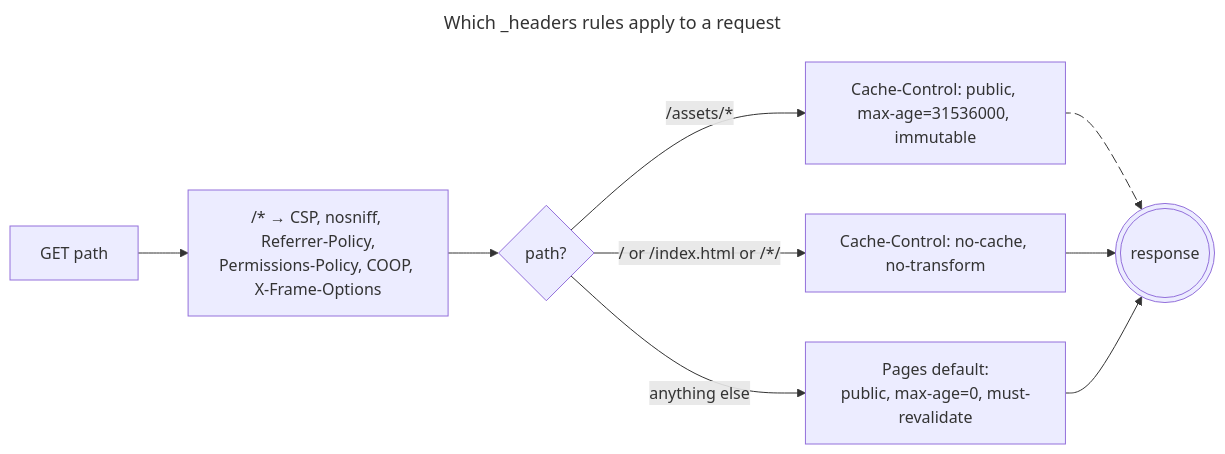
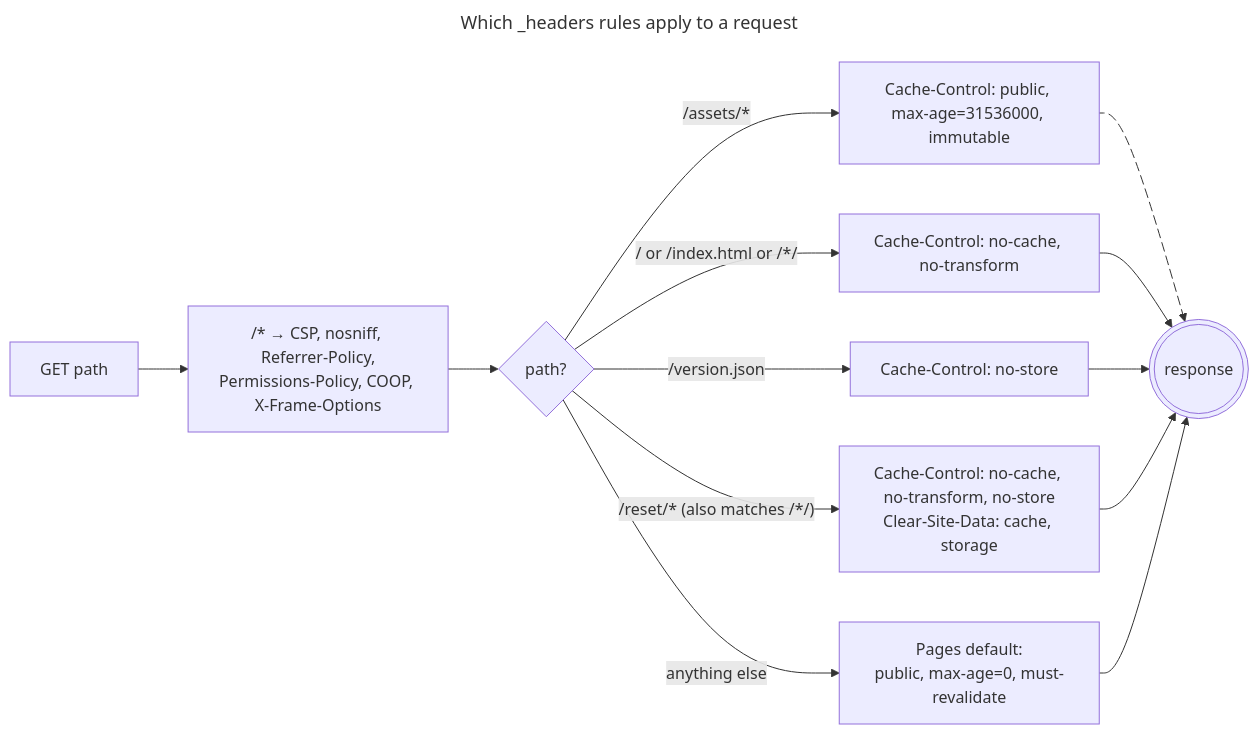
One commit to VinylStage/trex_vs_tiger_sim changed the second of 2 diagrams in docs/DEPLOYMENT.md. Above: the diagram before and after it, drawn with Mermaid. The commit also changed other lines of this file and 18 other files, not shown here.

First line of the commit message:
feat(ui): show release version, detect newer deployments and reset caches (#39)

````diff
--- a/docs/DEPLOYMENT.md
+++ b/docs/DEPLOYMENT.md
@@ -193,18 +204,22 @@
 ```mermaid
 ---
 title: Which _headers rules apply to a request
 config:
   flowchart:
     curve: basis
 ---
 flowchart LR
     req@{ shape: rect, label: "GET path" } --> all@{ shape: rect, label: "/* → CSP, nosniff, Referrer-Policy,<br/>Permissions-Policy, COOP, X-Frame-Options" }
     all --> q{"path?"}
     q -- "/assets/*" --> imm@{ shape: rect, label: "Cache-Control: public, max-age=31536000, immutable" }
     q -- "/ or /index.html or /*/" --> nc@{ shape: rect, label: "Cache-Control: no-cache, no-transform" }
+    q -- "/version.json" --> vj@{ shape: rect, label: "Cache-Control: no-store" }
+    q -- "/reset/* (also matches /*/)" --> rs@{ shape: rect, label: "Cache-Control: no-cache, no-transform, no-store<br/>Clear-Site-Data: cache, storage" }
     q -- "anything else" --> def@{ shape: rect, label: "Pages default:<br/>public, max-age=0, must-revalidate" }
     imm e1@--> resp@{ shape: dbl-circ, label: "response" }
     nc --> resp
+    vj --> resp
+    rs --> resp
     def --> resp
     e1@{ animate: true }
 ```
````
